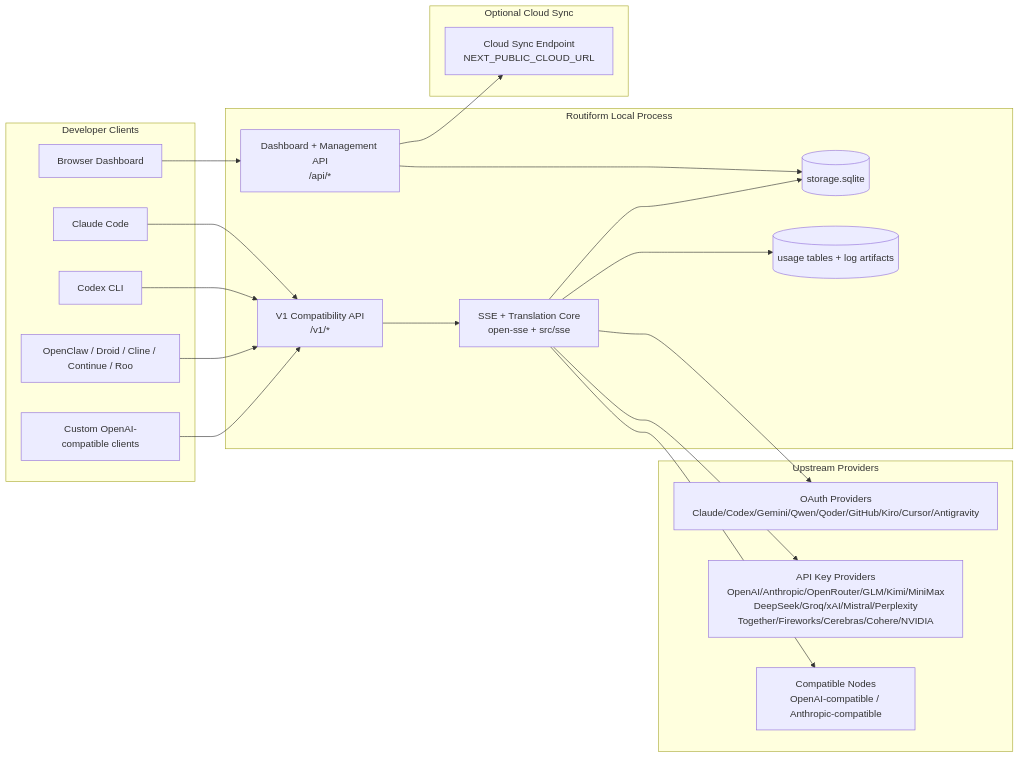
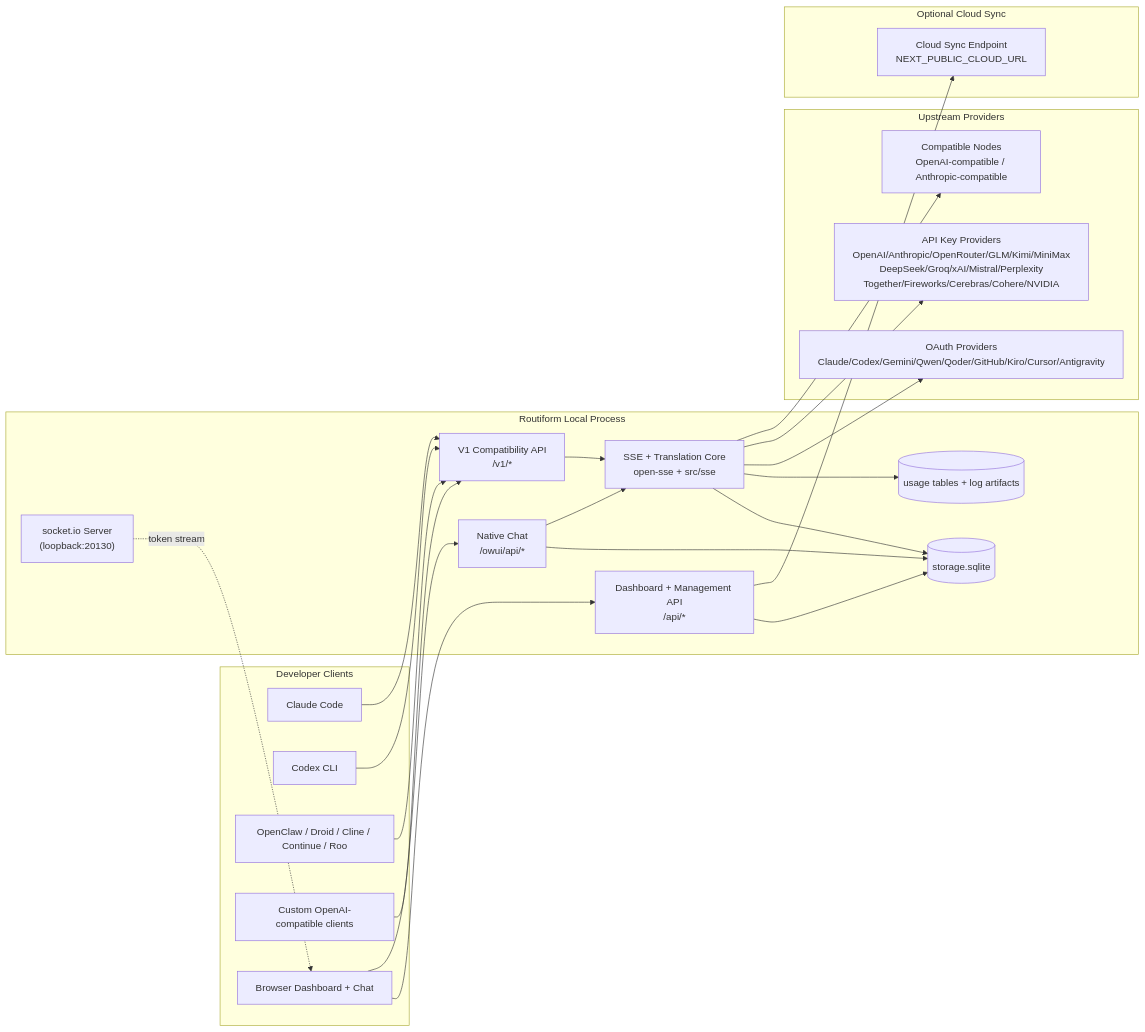
The first of 7 diagrams in docs/ARCHITECTURE.md (linhnguyen-gt/Routiform), drawn with Mermaid before and after one commit. The commit also changed other lines of this file and 3 other files, not shown here.

First line of the commit message:
docs: document the native Open WebUI chat surface

````diff
--- a/docs/ARCHITECTURE.md
+++ b/docs/ARCHITECTURE.md
@@ -90,45 +125,51 @@
 ```mermaid
 flowchart LR
     subgraph Clients[Developer Clients]
         C1[Claude Code]
         C2[Codex CLI]
         C3[OpenClaw / Droid / Cline / Continue / Roo]
         C4[Custom OpenAI-compatible clients]
-        BROWSER[Browser Dashboard]
+        BROWSER[Browser Dashboard + Chat]
     end
 
     subgraph Router[Routiform Local Process]
         API[V1 Compatibility API\n/v1/*]
         DASH[Dashboard + Management API\n/api/*]
         CORE[SSE + Translation Core\nopen-sse + src/sse]
+        CHAT[Native Chat\n/owui/api/*]
+        SOCKET["socket.io Server\n(loopback:20130)"]
         DB[(storage.sqlite)]
         UDB[(usage tables + log artifacts)]
     end
 
     subgraph Upstreams[Upstream Providers]
         P1[OAuth Providers\nClaude/Codex/Gemini/Qwen/Qoder/GitHub/Kiro/Cursor/Antigravity]
         P2[API Key Providers\nOpenAI/Anthropic/OpenRouter/GLM/Kimi/MiniMax\nDeepSeek/Groq/xAI/Mistral/Perplexity\nTogether/Fireworks/Cerebras/Cohere/NVIDIA]
         P3[Compatible Nodes\nOpenAI-compatible / Anthropic-compatible]
     end
 
     subgraph Cloud[Optional Cloud Sync]
         CLOUD[Cloud Sync Endpoint\nNEXT_PUBLIC_CLOUD_URL]
     end
 
     C1 --> API
     C2 --> API
     C3 --> API
     C4 --> API
     BROWSER --> DASH
+    BROWSER --> CHAT
 
     API --> CORE
     DASH --> DB
     CORE --> DB
     CORE --> UDB
+    CHAT --> DB
+    CHAT --> CORE
+    SOCKET -.->|token stream| BROWSER
 
     CORE --> P1
     CORE --> P2
     CORE --> P3
 
     DASH --> CLOUD
 ```
````
